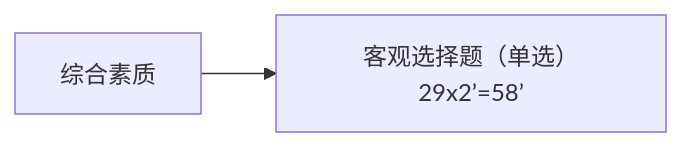
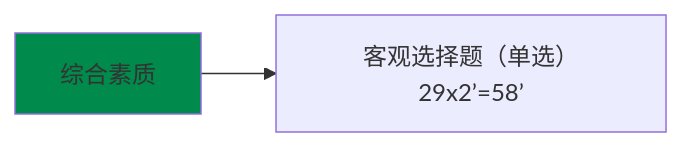
Before and after one commit to LetMeFly666/LeetCode: the first of 3 diagrams in Solutions/Other-JiaoZi-LearningNotes.md, drawn with Mermaid.

Commit message:
try mermaid style

````diff
--- a/Solutions/Other-JiaoZi-LearningNotes.md
+++ b/Solutions/Other-JiaoZi-LearningNotes.md
@@ -16,4 +16,5 @@
 ```mermaid
 graph LR
-KeMu1[综合素质] --> KeGuanXuanZeTi["客观选择题（单选）29x2’=58’"]
+classDef green fill:#008b4c
+KeMu1[综合素质]:::green --> KeGuanXuanZeTi["客观选择题（单选）29x2’=58’"]
 ```
````
